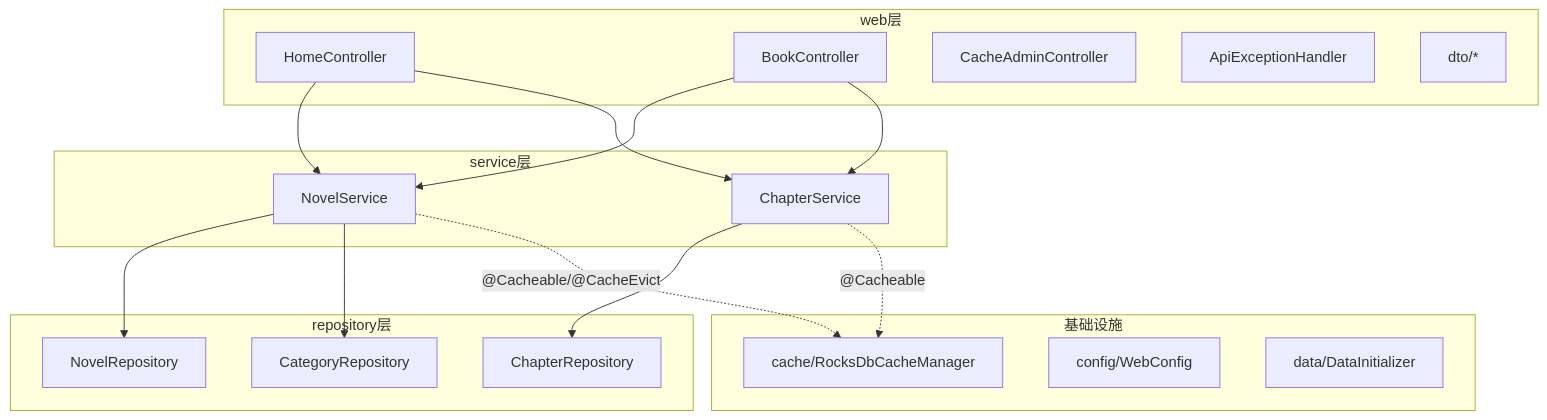
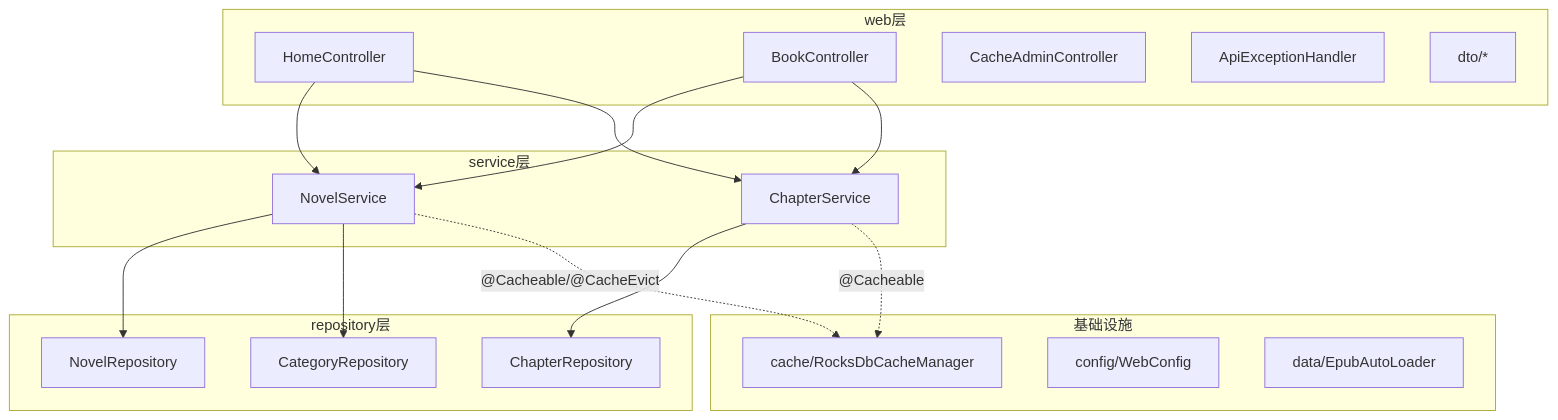
One commit to javafx2010/novel-backend changed the second of 3 diagrams in docs/01-架构设计.md. Above: the diagram before and after it, drawn with Mermaid. The commit also changed other lines of this file and 22 other files, not shown here.

````diff
--- a/docs/01-架构设计.md
+++ b/docs/01-架构设计.md
@@ -19,33 +19,33 @@
 ```mermaid
 graph TD
     subgraph web层
         HC[HomeController]
         BC[BookController]
         CAC[CacheAdminController]
         AEH[ApiExceptionHandler]
         DTO[dto/*]
     end
     subgraph service层
         NS[NovelService]
         CS[ChapterService]
     end
     subgraph repository层
         NR[NovelRepository]
         CR[ChapterRepository]
         CRR[CategoryRepository]
     end
     subgraph 基础设施
         CACHE[cache/RocksDbCacheManager]
         CONF[config/WebConfig]
-        DATA[data/DataInitializer]
+        DATA[data/EpubAutoLoader]
     end
     HC --> NS
     HC --> CS
     BC --> NS
     BC --> CS
     NS --> NR
     NS --> CRR
     CS --> CR
     NS -.@Cacheable/@CacheEvict.-> CACHE
     CS -.@Cacheable.-> CACHE
 ```
````
